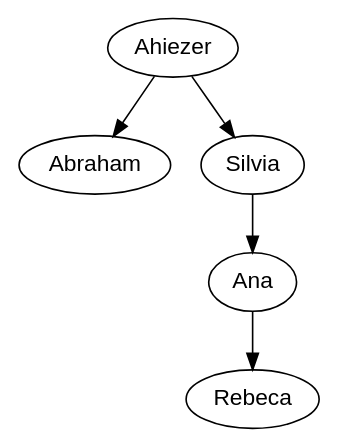
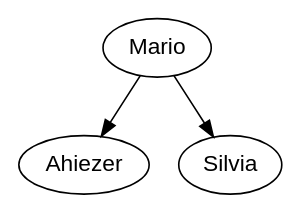
Before and after one commit to AhiezerRamirez/EDD_1S2020_PY1_201709062: the diagram in arbol.dot, drawn with Graphviz. The commit also changed 4 other files, not shown here.

```diff
--- a/arbol.dot
+++ b/arbol.dot
@@ -1,7 +1,5 @@
 digraph BST {
     node [fontname="Arial"];
-    Ahiezer -> Abraham;
-    Ahiezer -> Silvia;
-    Silvia -> Ana;
-    Ana -> Rebeca;
+    Mario -> Ahiezer;
+    Mario -> Silvia;
 }
```
